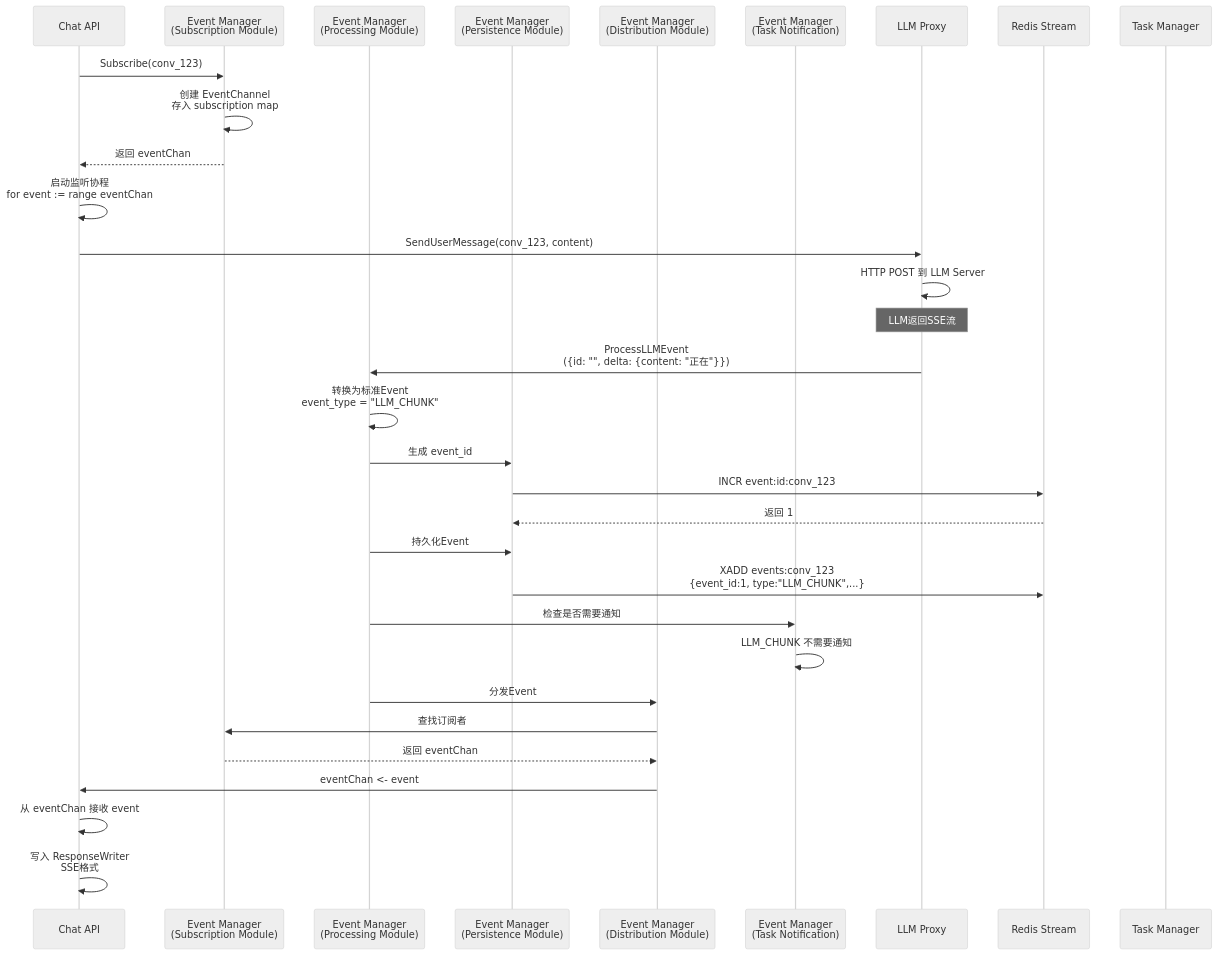
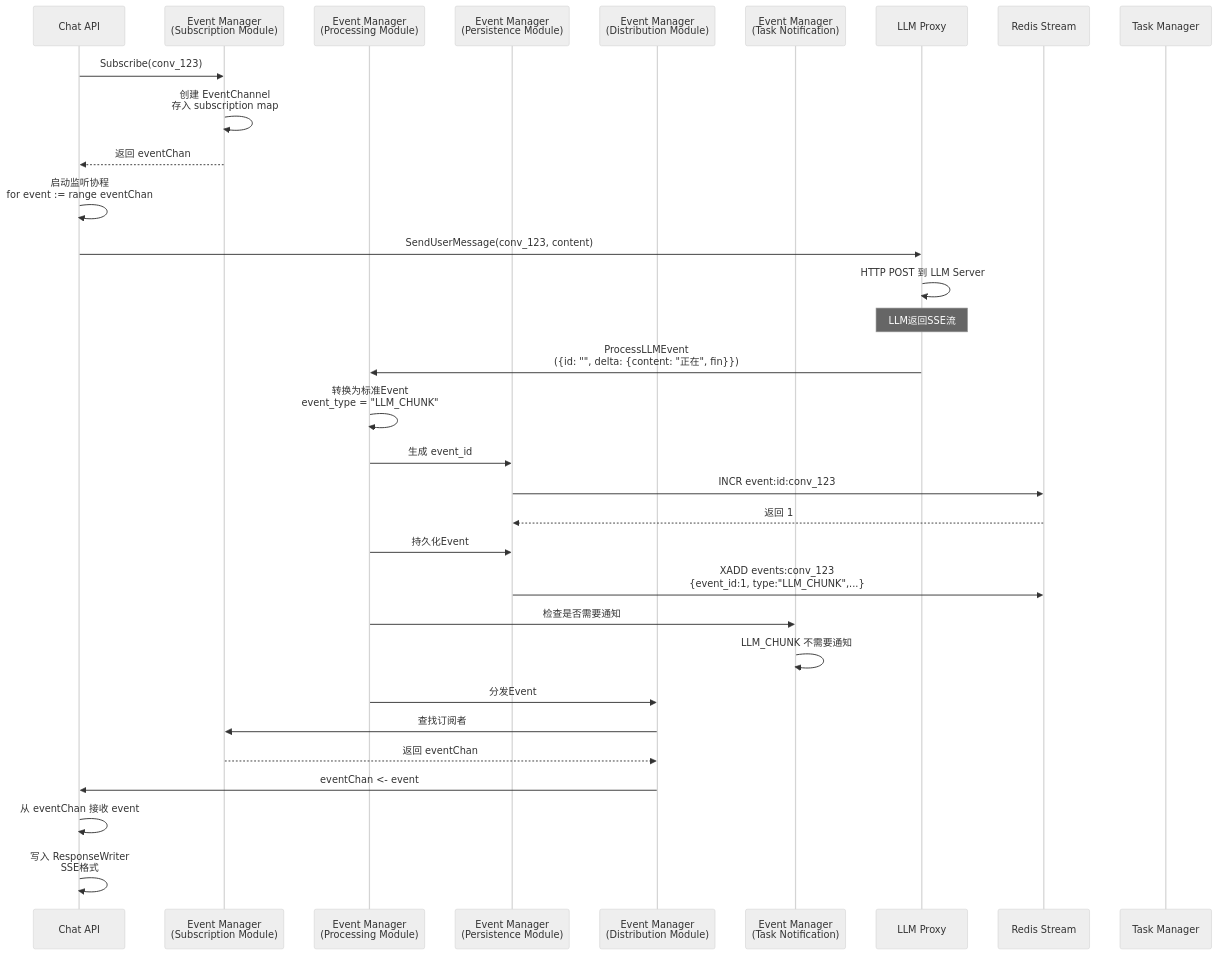
One commit to yingjianzh/iodraw-files changed the diagram in all/未命名-10.md. Above: the diagram before and after it, drawn with Mermaid (neutral theme).

Commit message:
2025-12-22 17:28:56 update

````diff
--- a/all/未命名-10.md
+++ b/all/未命名-10.md
@@ -1,44 +1,44 @@
 ```mermaid
 sequenceDiagram
     participant ChatAPI as Chat API
     participant EventMgr as Event Manager<br/>(Subscription Module)
     participant EventProc as Event Manager<br/>(Processing Module)
     participant Persist as Event Manager<br/>(Persistence Module)
     participant Distrib as Event Manager<br/>(Distribution Module)
     participant TaskNotif as Event Manager<br/>(Task Notification)
     participant LLMProxy as LLM Proxy
     participant Redis as Redis Stream
     participant TaskMgr as Task Manager
 
     ChatAPI->>EventMgr: Subscribe(conv_123)
     EventMgr->>EventMgr: 创建 EventChannel<br/>存入 subscription map
     EventMgr-->>ChatAPI: 返回 eventChan
 
     ChatAPI->>ChatAPI: 启动监听协程<br/>for event := range eventChan
     
     ChatAPI->>LLMProxy: SendUserMessage(conv_123, content)
     LLMProxy->>LLMProxy: HTTP POST 到 LLM Server
 
     Note over LLMProxy: LLM返回SSE流
 
-    LLMProxy->>EventProc: ProcessLLMEvent<br/>({id: "", delta: {content: "正在"}})
+    LLMProxy->>EventProc: ProcessLLMEvent<br/>({id: "", delta: {content: "正在", fin}})
     
     EventProc->>EventProc: 转换为标准Event<br/>event_type = "LLM_CHUNK"
     EventProc->>Persist: 生成 event_id
     Persist->>Redis: INCR event:id:conv_123
     Redis-->>Persist: 返回 1
     
     EventProc->>Persist: 持久化Event
     Persist->>Redis: XADD events:conv_123<br/>{event_id:1, type:"LLM_CHUNK",...}
     
     EventProc->>TaskNotif: 检查是否需要通知
     TaskNotif->>TaskNotif: LLM_CHUNK 不需要通知
     
     EventProc->>Distrib: 分发Event
     Distrib->>EventMgr: 查找订阅者
     EventMgr-->>Distrib: 返回 eventChan
     Distrib->>ChatAPI: eventChan <- event
     
     ChatAPI->>ChatAPI: 从 eventChan 接收 event
     ChatAPI->>ChatAPI: 写入 ResponseWriter<br/>SSE格式
 ```
````
